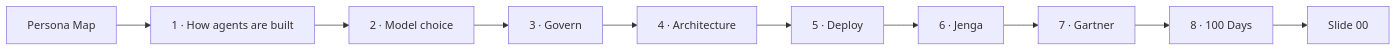
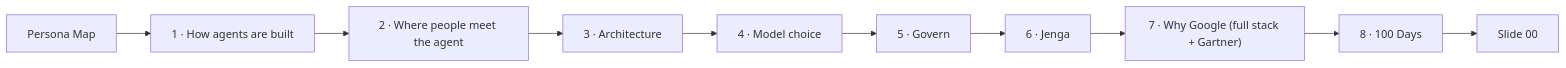
One commit to amandeepsinghs-cyber/Oil-Gas-Agentic-Transformation-Website changed the diagram in BUILD_SECTION.md. Above: the diagram before and after it, drawn with Mermaid. The commit also changed other lines of this file and 14 other files, not shown here.

First line of the commit message:
feat(build): Surface page, flow reorder, Why Google page (official AI stack animation + Gartner)

````diff
--- a/BUILD_SECTION.md
+++ b/BUILD_SECTION.md
@@ -9,12 +9,12 @@
 ```mermaid
 flowchart LR
     PM["Persona Map"] --> S1["1 · How agents are built"]
-    S1 --> S2["2 · Model choice"]
-    S2 --> S3["3 · Govern"]
-    S3 --> S4["4 · Architecture"]
-    S4 --> S5["5 · Deploy"]
+    S1 --> S2["2 · Where people meet the agent"]
+    S2 --> S3["3 · Architecture"]
+    S3 --> S4["4 · Model choice"]
+    S4 --> S5["5 · Govern"]
     S5 --> S6["6 · Jenga"]
-    S6 --> S7["7 · Gartner"]
+    S6 --> S7["7 · Why Google (full stack + Gartner)"]
     S7 --> S8["8 · 100 Days"]
     S8 --> S0["Slide 00"]
 ```
````
